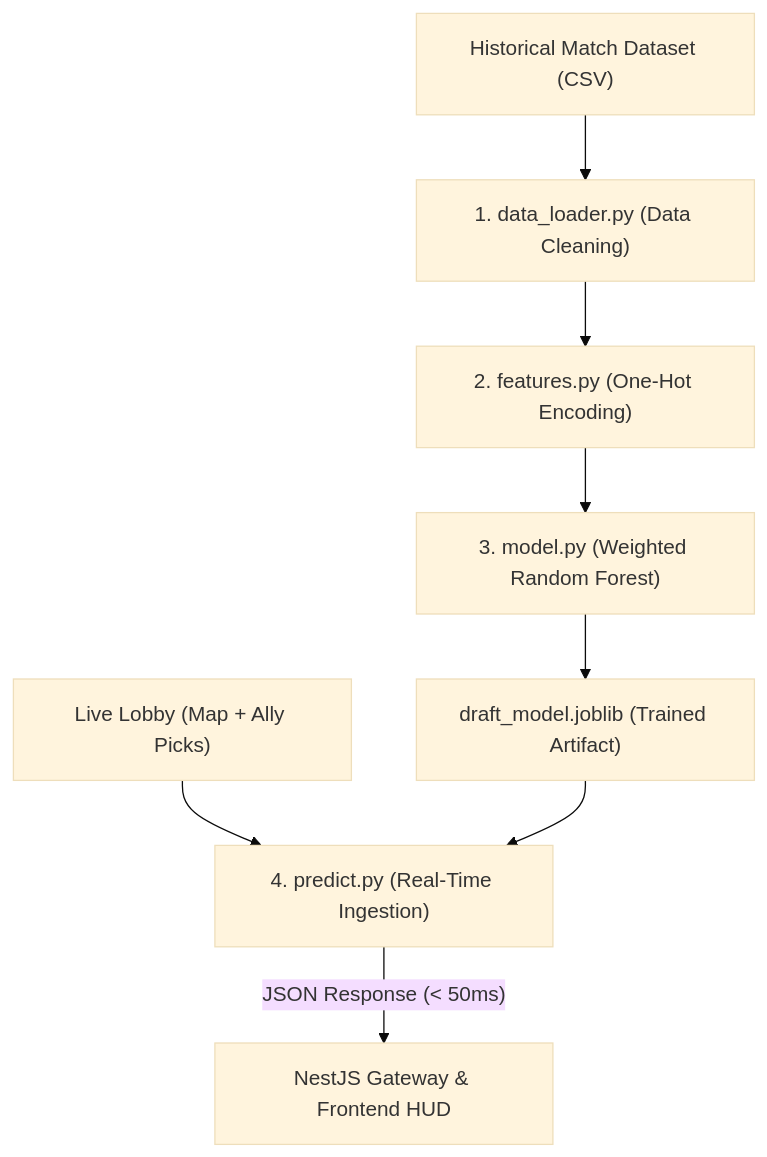
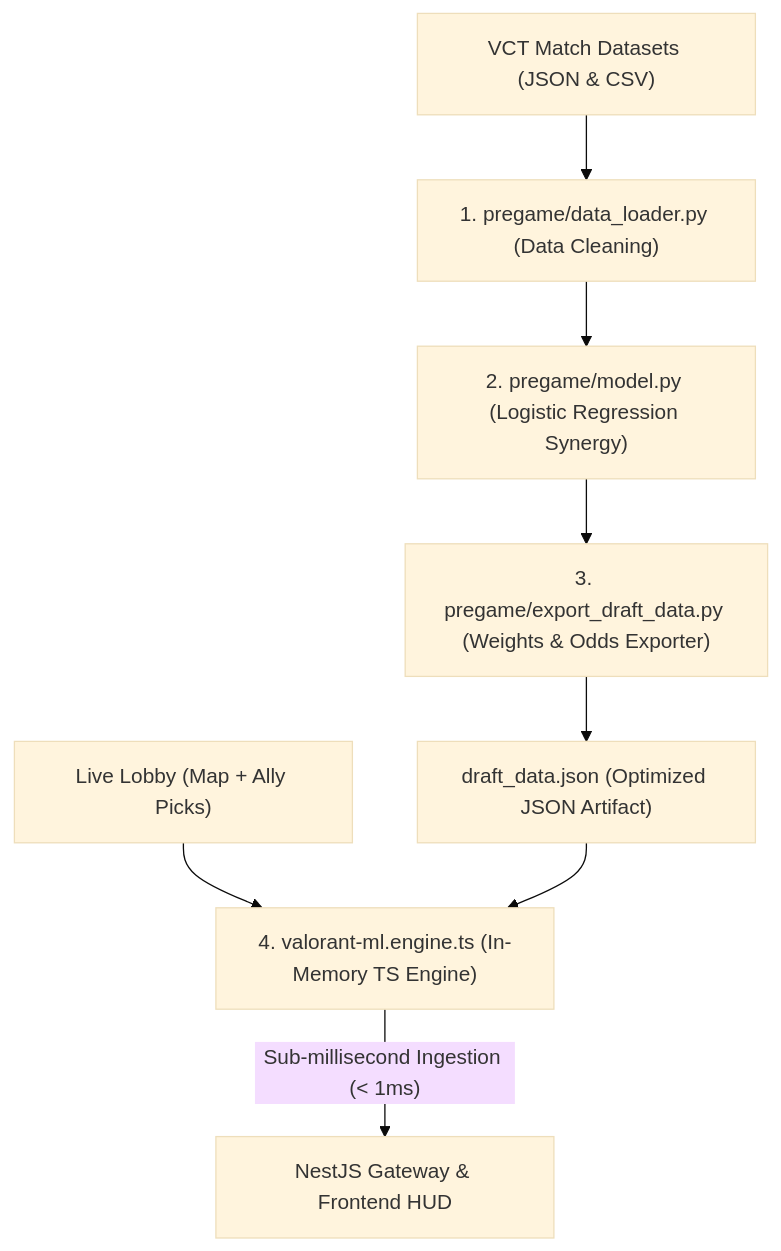
One commit to svanrell/LoadoutAI changed the diagram in README.md. Above: the diagram before and after it, drawn with Mermaid (base theme). The commit also changed other lines of this file and 16 other files, not shown here.

Commit message:
feat: implement Valorant gateway services, socket validation, and high-performance TypeScript ML inference engine

````diff
--- a/README.md
+++ b/README.md
@@ -81,11 +81,11 @@
 ```mermaid
 graph TD
-    CSV["Historical Match Dataset (CSV)"] --> DL["1. data_loader.py (Data Cleaning)"]
-    DL --> FE["2. features.py (One-Hot Encoding)"]
-    FE --> MD["3. model.py (Weighted Random Forest)"]
-    MD --> ART["draft_model.joblib (Trained Artifact)"]
+    VCT["VCT Match Datasets (JSON & CSV)"] --> DL["1. pregame/data_loader.py (Data Cleaning)"]
+    DL --> MD["2. pregame/model.py (Logistic Regression Synergy)"]
+    MD --> EXP["3. pregame/export_draft_data.py (Weights & Odds Exporter)"]
+    EXP --> ART["draft_data.json (Optimized JSON Artifact)"]
     
-    LOBBY["Live Lobby (Map + Ally Picks)"] --> PR["4. predict.py (Real-Time Ingestion)"]
-    ART --> PR
-    PR -->|"JSON Response (< 50ms)"| BACKEND["NestJS Gateway & Frontend HUD"]
+    LOBBY["Live Lobby (Map + Ally Picks)"] --> TS["4. valorant-ml.engine.ts (In-Memory TS Engine)"]
+    ART --> TS
+    TS -->|"Sub-millisecond Ingestion (< 1ms)"| BACKEND["NestJS Gateway & Frontend HUD"]
 ```
````
